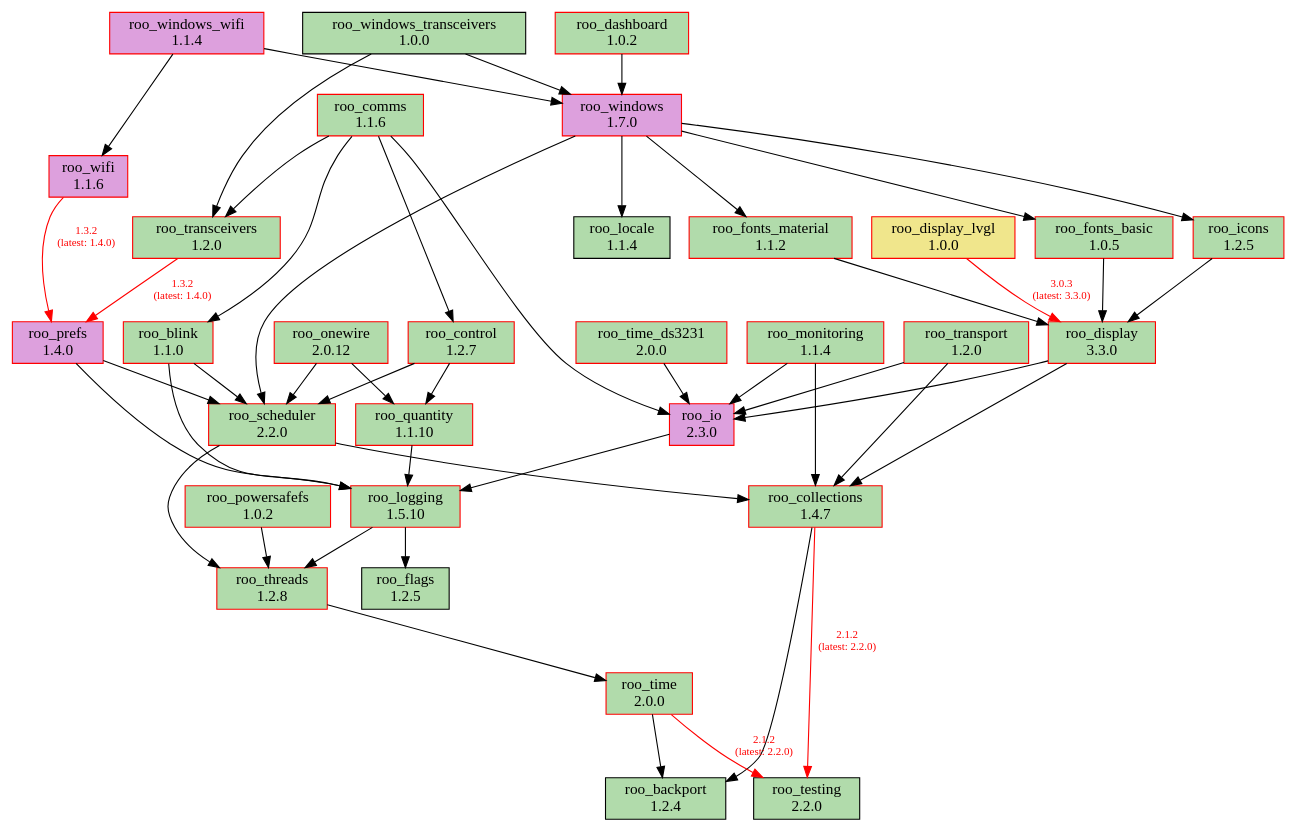
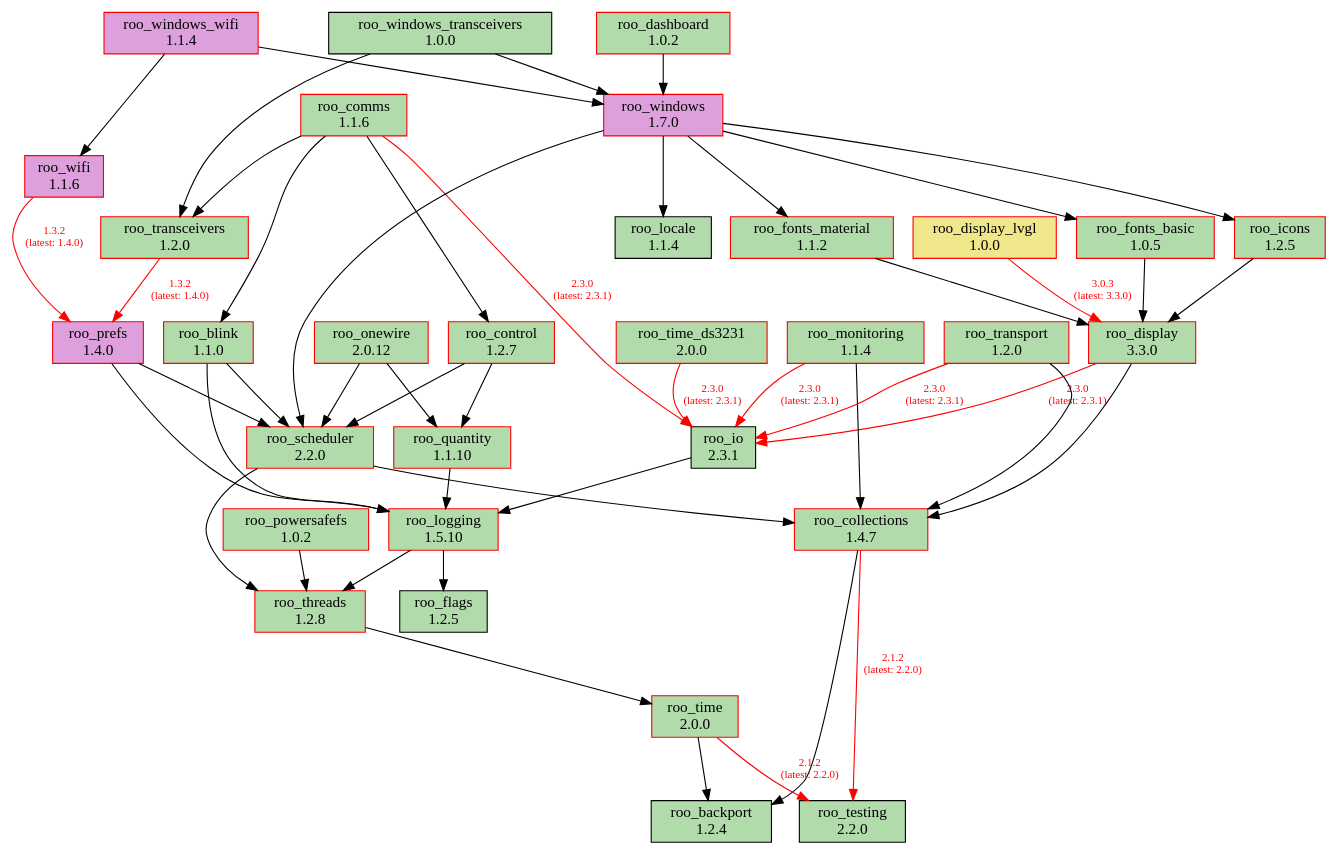
The diagram in doc/dependencies.dot (dejwk/roo-registry), drawn with Graphviz before and after one commit. The commit also changed 3 other files, not shown here.

```diff
--- a/doc/dependencies.dot
+++ b/doc/dependencies.dot
@@ -1,87 +1,87 @@
 digraph dependencies {
     rankdir=TB;
     node [shape=box, style=filled];
     edge [fontsize=10];
 
     // Modules
     "roo_backport" [label="roo_backport\n1.2.4", fillcolor="#b1dbab", color="black"];
     "roo_blink" [label="roo_blink\n1.1.0", fillcolor="#b1dbab", color="red"];
     "roo_collections" [label="roo_collections\n1.4.7", fillcolor="#b1dbab", color="red"];
     "roo_comms" [label="roo_comms\n1.1.6", fillcolor="#b1dbab", color="red"];
     "roo_control" [label="roo_control\n1.2.7", fillcolor="#b1dbab", color="red"];
     "roo_dashboard" [label="roo_dashboard\n1.0.2", fillcolor="#b1dbab", color="red"];
     "roo_display" [label="roo_display\n3.3.0", fillcolor="#b1dbab", color="red"];
     "roo_display_lvgl" [label="roo_display_lvgl\n1.0.0", fillcolor="khaki", color="red"];
     "roo_flags" [label="roo_flags\n1.2.5", fillcolor="#b1dbab", color="black"];
     "roo_fonts_basic" [label="roo_fonts_basic\n1.0.5", fillcolor="#b1dbab", color="red"];
     "roo_fonts_material" [label="roo_fonts_material\n1.1.2", fillcolor="#b1dbab", color="red"];
     "roo_icons" [label="roo_icons\n1.2.5", fillcolor="#b1dbab", color="red"];
-    "roo_io" [label="roo_io\n2.3.0", fillcolor="plum", color="red"];
+    "roo_io" [label="roo_io\n2.3.1", fillcolor="#b1dbab", color="black"];
     "roo_locale" [label="roo_locale\n1.1.4", fillcolor="#b1dbab", color="black"];
     "roo_logging" [label="roo_logging\n1.5.10", fillcolor="#b1dbab", color="red"];
     "roo_monitoring" [label="roo_monitoring\n1.1.4", fillcolor="#b1dbab", color="red"];
     "roo_onewire" [label="roo_onewire\n2.0.12", fillcolor="#b1dbab", color="red"];
     "roo_powersafefs" [label="roo_powersafefs\n1.0.2", fillcolor="#b1dbab", color="red"];
     "roo_prefs" [label="roo_prefs\n1.4.0", fillcolor="plum", color="red"];
     "roo_quantity" [label="roo_quantity\n1.1.10", fillcolor="#b1dbab", color="red"];
     "roo_scheduler" [label="roo_scheduler\n2.2.0", fillcolor="#b1dbab", color="red"];
     "roo_testing" [label="roo_testing\n2.2.0", fillcolor="#b1dbab", color="black"];
     "roo_threads" [label="roo_threads\n1.2.8", fillcolor="#b1dbab", color="red"];
     "roo_time" [label="roo_time\n2.0.0", fillcolor="#b1dbab", color="red"];
     "roo_time_ds3231" [label="roo_time_ds3231\n2.0.0", fillcolor="#b1dbab", color="red"];
     "roo_transceivers" [label="roo_transceivers\n1.2.0", fillcolor="#b1dbab", color="red"];
     "roo_transport" [label="roo_transport\n1.2.0", fillcolor="#b1dbab", color="red"];
     "roo_wifi" [label="roo_wifi\n1.1.6", fillcolor="plum", color="red"];
     "roo_windows" [label="roo_windows\n1.7.0", fillcolor="plum", color="red"];
     "roo_windows_transceivers" [label="roo_windows_transceivers\n1.0.0", fillcolor="#b1dbab", color="black"];
     "roo_windows_wifi" [label="roo_windows_wifi\n1.1.4", fillcolor="plum", color="red"];
 
     // Dependencies
     "roo_blink" -> "roo_logging";
     "roo_blink" -> "roo_scheduler";
     "roo_collections" -> "roo_testing" [color=red, fontcolor=red, label="2.1.2\n(latest: 2.2.0)"];
     "roo_collections" -> "roo_backport";
     "roo_comms" -> "roo_blink";
     "roo_comms" -> "roo_control";
-    "roo_comms" -> "roo_io";
+    "roo_comms" -> "roo_io" [color=red, fontcolor=red, label="2.3.0\n(latest: 2.3.1)"];
     "roo_comms" -> "roo_transceivers";
     "roo_control" -> "roo_quantity";
     "roo_control" -> "roo_scheduler";
     "roo_dashboard" -> "roo_windows";
     "roo_display" -> "roo_collections";
-    "roo_display" -> "roo_io";
+    "roo_display" -> "roo_io" [color=red, fontcolor=red, label="2.3.0\n(latest: 2.3.1)"];
     "roo_display_lvgl" -> "roo_display" [color=red, fontcolor=red, label="3.0.3\n(latest: 3.3.0)"];
     "roo_fonts_basic" -> "roo_display";
     "roo_fonts_material" -> "roo_display";
     "roo_icons" -> "roo_display";
     "roo_io" -> "roo_logging";
     "roo_logging" -> "roo_flags";
     "roo_logging" -> "roo_threads";
     "roo_monitoring" -> "roo_collections";
-    "roo_monitoring" -> "roo_io";
+    "roo_monitoring" -> "roo_io" [color=red, fontcolor=red, label="2.3.0\n(latest: 2.3.1)"];
     "roo_onewire" -> "roo_scheduler";
     "roo_onewire" -> "roo_quantity";
     "roo_powersafefs" -> "roo_threads";
     "roo_prefs" -> "roo_logging";
     "roo_prefs" -> "roo_scheduler";
     "roo_quantity" -> "roo_logging";
     "roo_scheduler" -> "roo_collections";
     "roo_scheduler" -> "roo_threads";
     "roo_threads" -> "roo_time";
     "roo_time" -> "roo_testing" [color=red, fontcolor=red, label="2.1.2\n(latest: 2.2.0)"];
     "roo_time" -> "roo_backport";
-    "roo_time_ds3231" -> "roo_io";
+    "roo_time_ds3231" -> "roo_io" [color=red, fontcolor=red, label="2.3.0\n(latest: 2.3.1)"];
     "roo_transceivers" -> "roo_prefs" [color=red, fontcolor=red, label="1.3.2\n(latest: 1.4.0)"];
     "roo_transport" -> "roo_collections";
-    "roo_transport" -> "roo_io";
+    "roo_transport" -> "roo_io" [color=red, fontcolor=red, label="2.3.0\n(latest: 2.3.1)"];
     "roo_wifi" -> "roo_prefs" [color=red, fontcolor=red, label="1.3.2\n(latest: 1.4.0)"];
     "roo_windows" -> "roo_fonts_basic";
     "roo_windows" -> "roo_fonts_material";
     "roo_windows" -> "roo_locale";
     "roo_windows" -> "roo_icons";
     "roo_windows" -> "roo_scheduler";
     "roo_windows_transceivers" -> "roo_transceivers";
     "roo_windows_transceivers" -> "roo_windows";
     "roo_windows_wifi" -> "roo_wifi";
     "roo_windows_wifi" -> "roo_windows";
 }
```
